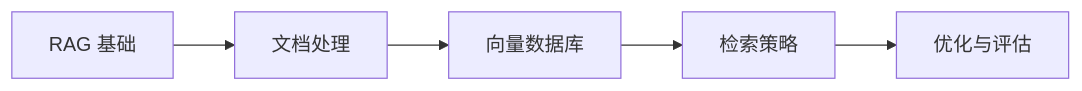
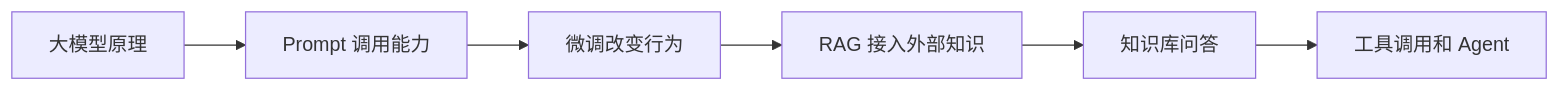
Before and after one commit to oudbiao/AI-fullstack-course: the first of 3 diagrams in docs/stage8b/ch01-rag/00-roadmap.md, drawn with Mermaid. The commit also changed other lines of this file and 95 other files, not shown here.

````diff
--- a/docs/stage8b/ch01-rag/00-roadmap.md
+++ b/docs/stage8b/ch01-rag/00-roadmap.md
@@ -27,7 +20,8 @@
 ```mermaid
 flowchart LR
-    A["RAG 基础"] --> B["文档处理"]
-    B --> C["向量数据库"]
-    C --> D["检索策略"]
-    D --> E["优化与评估"]
+  A[大模型原理] --> B[Prompt 调用能力]
+  B --> C[微调改变行为]
+  C --> D[RAG 接入外部知识]
+  D --> E[知识库问答]
+  E --> F[工具调用和 Agent]
 ```
````
